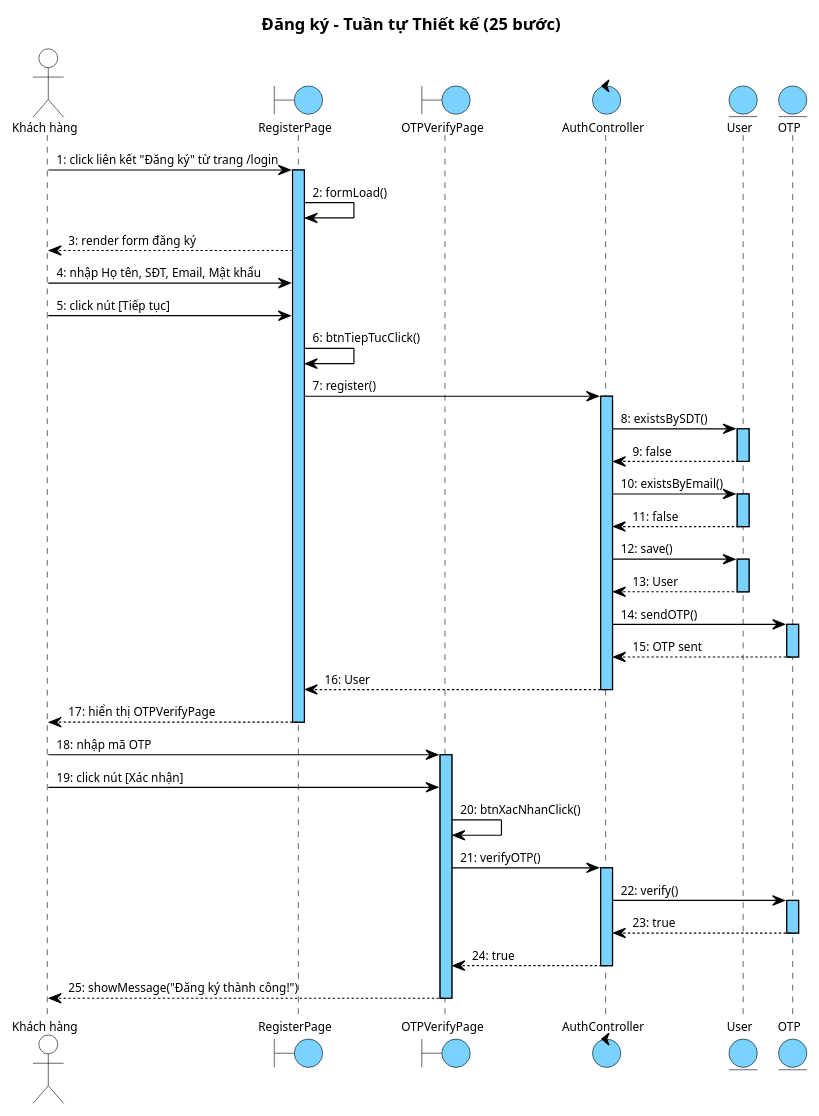
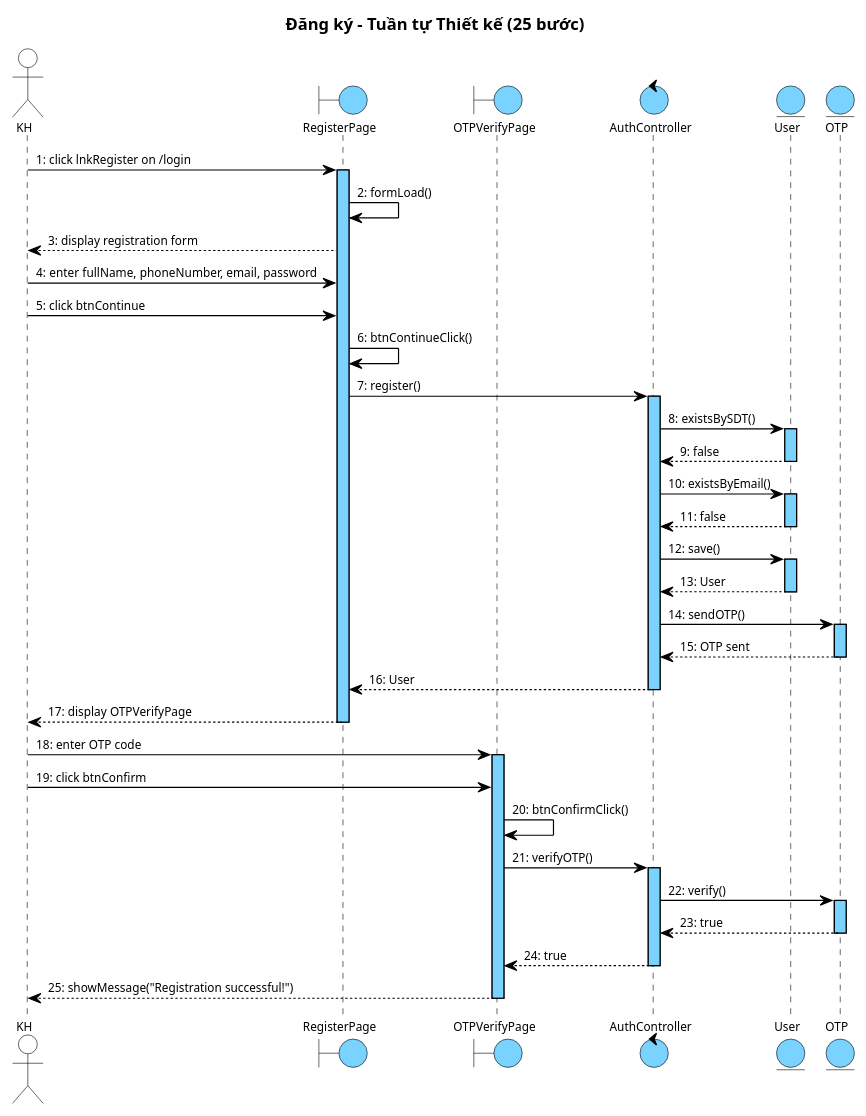
Before and after one commit to thanhtrnnn/cnpm: the fifth of 8 diagrams in docs/tabs/account/iii-design.md, drawn with PlantUML. The commit also changed other lines of this file and 3 other files, not shown here.

First line of the commit message:
fix: PlantUML arrow labels → English; section II.4 scenarios use bullets

````diff
--- a/docs/tabs/account/iii-design.md
+++ b/docs/tabs/account/iii-design.md
@@ -728,20 +728,20 @@
 </style>
 title Đăng ký – Tuần tự Thiết kế (25 bước)
 
-actor "Khách hàng" as KH
+actor "KH" as KH
 boundary RegisterPage as B1
 boundary OTPVerifyPage as B2
 control AuthController as C1
 entity User as E1
 entity OTP as E2
 
-KH -> B1 : 1: click liên kết "Đăng ký" từ trang /login
+KH -> B1 : 1: click lnkRegister on /login
 activate B1
 B1 -> B1 : 2: formLoad()
-B1 --> KH : 3: render form đăng ký
-KH -> B1 : 4: nhập Họ tên, SĐT, Email, Mật khẩu
-KH -> B1 : 5: click nút [Tiếp tục]
-B1 -> B1 : 6: btnTiepTucClick()
+B1 --> KH : 3: display registration form
+KH -> B1 : 4: enter fullName, phoneNumber, email, password
+KH -> B1 : 5: click btnContinue
+B1 -> B1 : 6: btnContinueClick()
 B1 -> C1 : 7: register()
 activate C1
 C1 -> E1 : 8: existsBySDT()
@@ -762,13 +762,13 @@
 deactivate E2
 C1 --> B1 : 16: User
 deactivate C1
-B1 --> KH : 17: hiển thị OTPVerifyPage
+B1 --> KH : 17: display OTPVerifyPage
 deactivate B1
 
-KH -> B2 : 18: nhập mã OTP
+KH -> B2 : 18: enter OTP code
 activate B2
-KH -> B2 : 19: click nút [Xác nhận]
-B2 -> B2 : 20: btnXacNhanClick()
+KH -> B2 : 19: click btnConfirm
+B2 -> B2 : 20: btnConfirmClick()
 B2 -> C1 : 21: verifyOTP()
 activate C1
 C1 -> E2 : 22: verify()
@@ -777,7 +777,7 @@
 deactivate E2
 C1 --> B2 : 24: true
 deactivate C1
-B2 --> KH : 25: showMessage("Đăng ký thành công!")
+B2 --> KH : 25: showMessage("Registration successful!")
 deactivate B2
 @enduml
 ```
````
